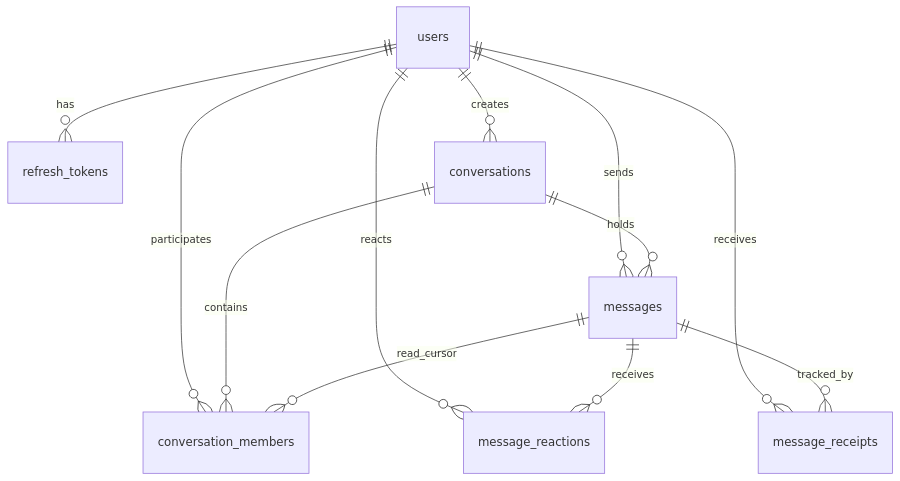
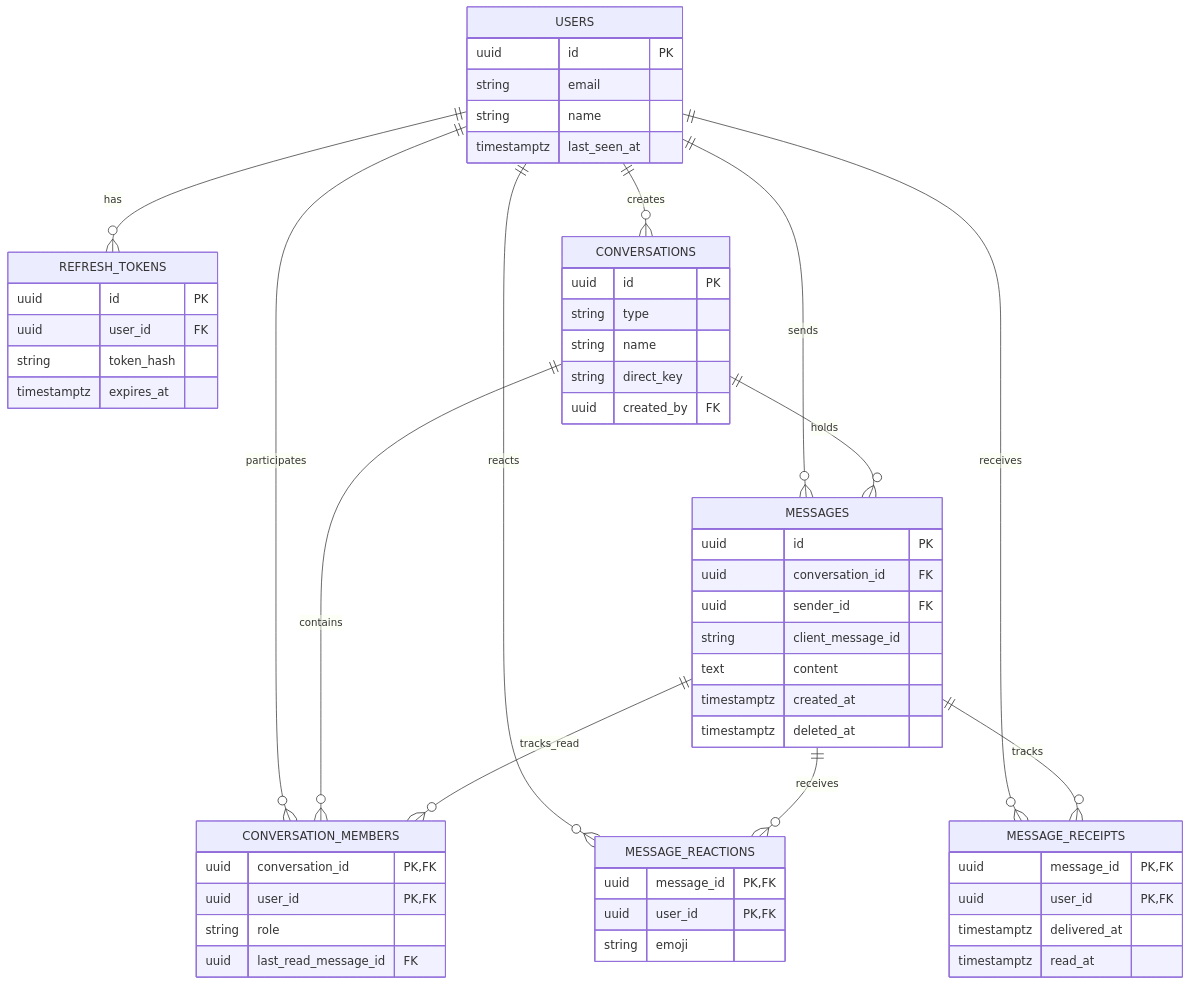
One commit to Shiwang007/GrekMessenger changed the diagram in database/README.md. Above: the diagram before and after it, drawn with Mermaid. The commit also changed 1 other file, not shown here.

Commit message:
fix: resolve GitHub Mermaid diagram rendering syntax errors

````diff
--- a/database/README.md
+++ b/database/README.md
@@ -9,16 +9,60 @@
 ```mermaid
 erDiagram
-    users ||--o{ refresh_tokens : "has"
-    users ||--o{ conversations : "creates"
-    users ||--o{ conversation_members : "participates"
-    users ||--o{ messages : "sends"
-    users ||--o{ message_reactions : "reacts"
-    users ||--o{ message_receipts : "receives"
-    
-    conversations ||--o{ conversation_members : "contains"
-    conversations ||--o{ messages : "holds"
-    
-    messages ||--o{ message_reactions : "receives"
-    messages ||--o{ message_receipts : "tracked_by"
-    messages ||--o{ conversation_members : "read_cursor"
+    USERS ||--o{ REFRESH_TOKENS : has
+    USERS ||--o{ CONVERSATIONS : creates
+    USERS ||--o{ CONVERSATION_MEMBERS : participates
+    USERS ||--o{ MESSAGES : sends
+    USERS ||--o{ MESSAGE_REACTIONS : reacts
+    USERS ||--o{ MESSAGE_RECEIPTS : receives
+    CONVERSATIONS ||--o{ CONVERSATION_MEMBERS : contains
+    CONVERSATIONS ||--o{ MESSAGES : holds
+    MESSAGES ||--o{ MESSAGE_REACTIONS : receives
+    MESSAGES ||--o{ MESSAGE_RECEIPTS : tracks
+    MESSAGES ||--o{ CONVERSATION_MEMBERS : tracks_read
+
+    USERS {
+        uuid id PK
+        string email
+        string name
+        timestamptz last_seen_at
+    }
+    REFRESH_TOKENS {
+        uuid id PK
+        uuid user_id FK
+        string token_hash
+        timestamptz expires_at
+    }
+    CONVERSATIONS {
+        uuid id PK
+        string type
+        string name
+        string direct_key
+        uuid created_by FK
+    }
+    CONVERSATION_MEMBERS {
+        uuid conversation_id PK,FK
+        uuid user_id PK,FK
+        string role
+        uuid last_read_message_id FK
+    }
+    MESSAGES {
+        uuid id PK
+        uuid conversation_id FK
+        uuid sender_id FK
+        string client_message_id
+        text content
+        timestamptz created_at
+        timestamptz deleted_at
+    }
+    MESSAGE_REACTIONS {
+        uuid message_id PK,FK
+        uuid user_id PK,FK
+        string emoji
+    }
+    MESSAGE_RECEIPTS {
+        uuid message_id PK,FK
+        uuid user_id PK,FK
+        timestamptz delivered_at
+        timestamptz read_at
+    }
 ```
````
